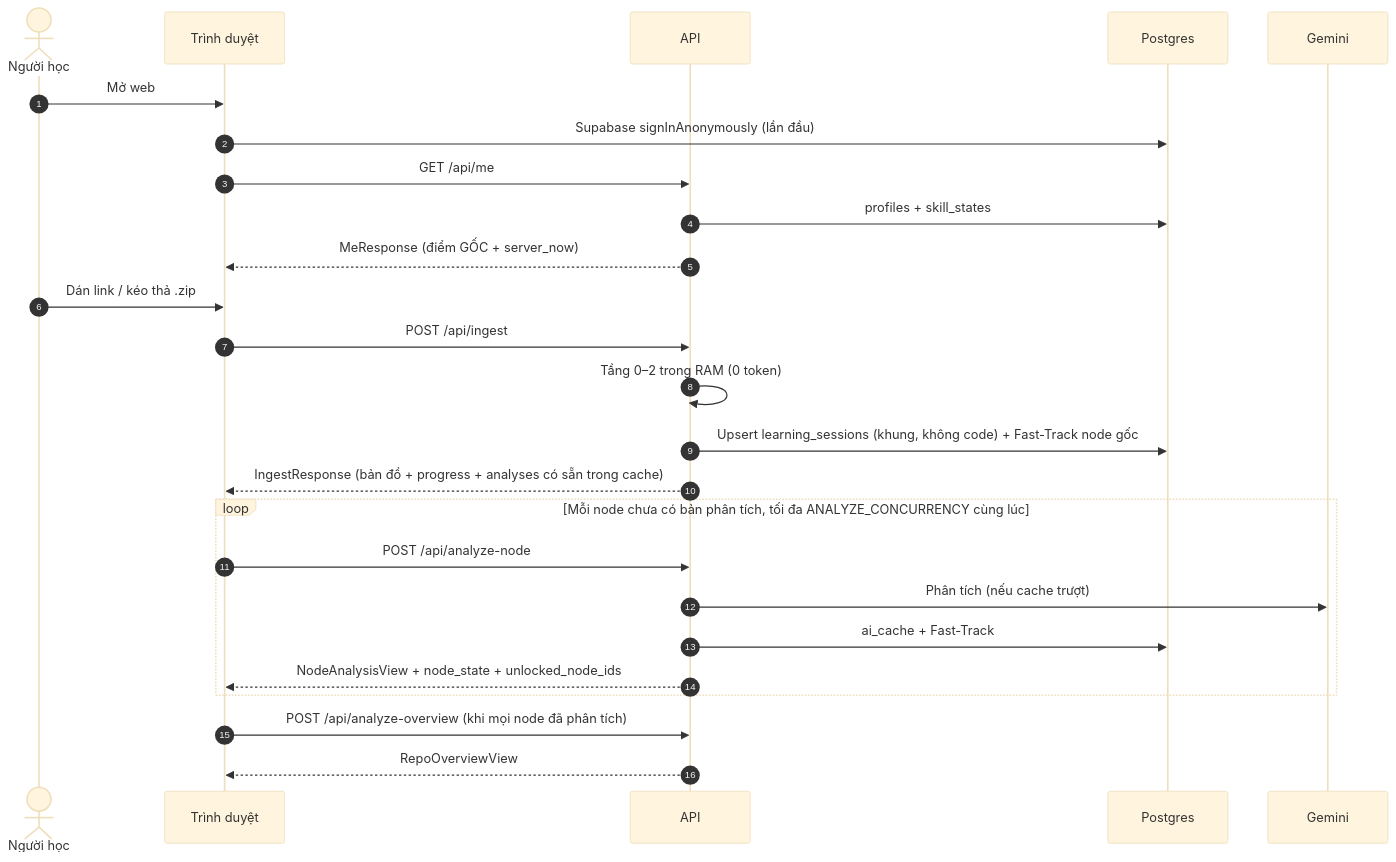
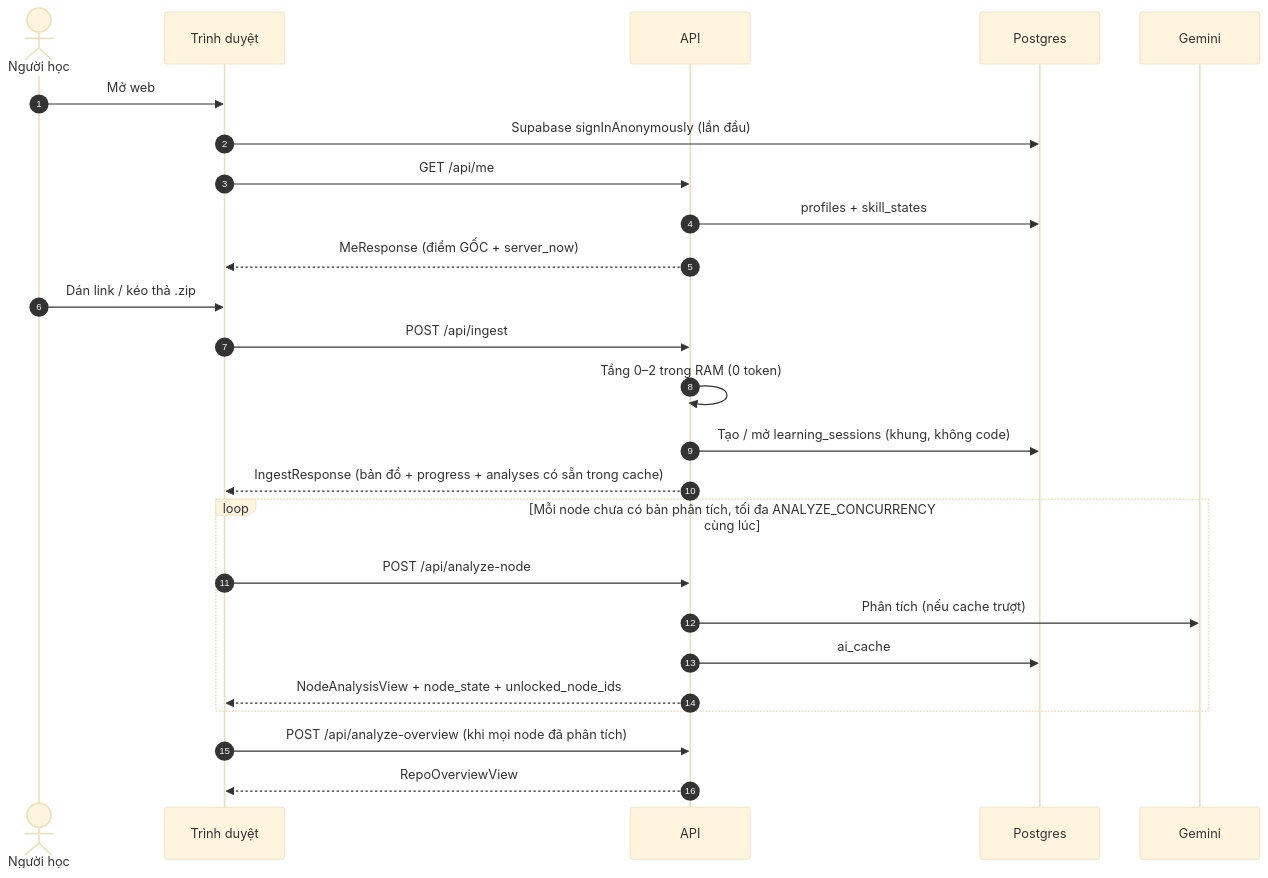
One commit to huynhthanhnhannnh-pixel/Hackathon_SGU changed the second of 4 diagrams in spec/01_KIEN_TRUC_VA_LUONG.md. Above: the diagram before and after it, drawn with Mermaid (base theme). The commit also changed other lines of this file and 5 other files, not shown here.

````diff
--- a/spec/01_KIEN_TRUC_VA_LUONG.md
+++ b/spec/01_KIEN_TRUC_VA_LUONG.md
@@ -85,27 +85,27 @@
 ```mermaid
 sequenceDiagram
     autonumber
     actor U as Người học
     participant FE as Trình duyệt
     participant BE as API
     participant DB as Postgres
     participant AI as Gemini
     U->>FE: Mở web
     FE->>DB: Supabase signInAnonymously (lần đầu)
     FE->>BE: GET /api/me
     BE->>DB: profiles + skill_states
     BE-->>FE: MeResponse (điểm GỐC + server_now)
     U->>FE: Dán link / kéo thả .zip
     FE->>BE: POST /api/ingest
     BE->>BE: Tầng 0–2 trong RAM (0 token)
-    BE->>DB: Upsert learning_sessions (khung, không code) + Fast-Track node gốc
+    BE->>DB: Tạo / mở learning_sessions (khung, không code)
     BE-->>FE: IngestResponse (bản đồ + progress + analyses có sẵn trong cache)
     loop Mỗi node chưa có bản phân tích, tối đa ANALYZE_CONCURRENCY cùng lúc
         FE->>BE: POST /api/analyze-node
         BE->>AI: Phân tích (nếu cache trượt)
-        BE->>DB: ai_cache + Fast-Track
+        BE->>DB: ai_cache
         BE-->>FE: NodeAnalysisView + node_state + unlocked_node_ids
     end
     FE->>BE: POST /api/analyze-overview (khi mọi node đã phân tích)
     BE-->>FE: RepoOverviewView
 ```
````
